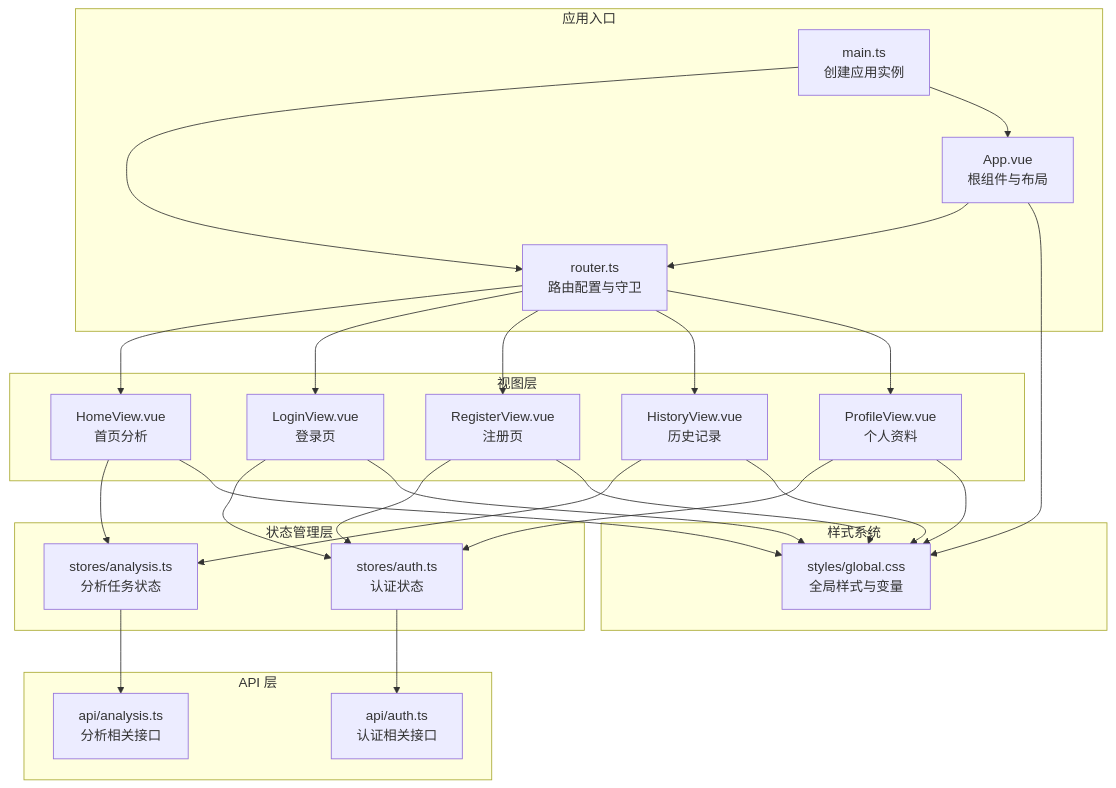
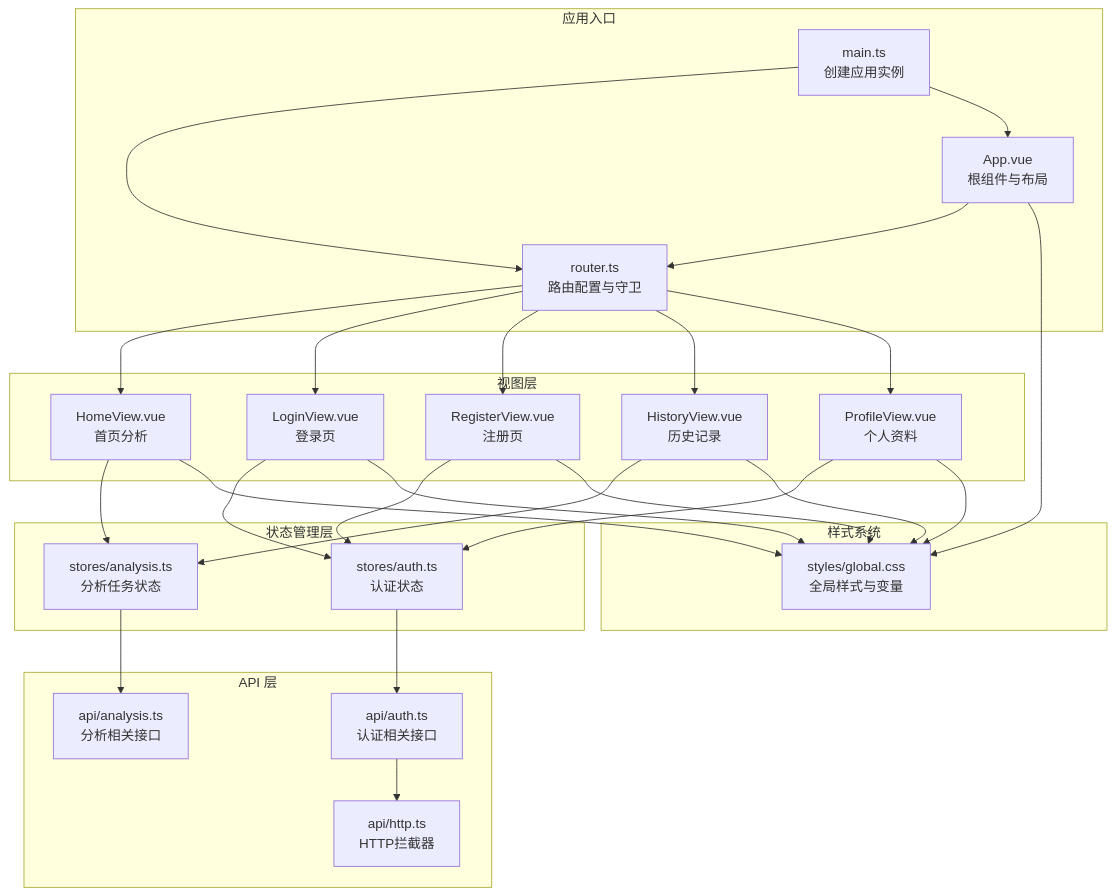
Before and after one commit to selectzhangyuan/AI-photo-coach: the first of 11 diagrams in .qoder/repowiki/zh/content/前端应用文档/前端应用文档.md, drawn with Mermaid. The commit also changed other lines of this file and 5 other files, not shown here.

````diff
--- a/.qoder/repowiki/zh/content/前端应用文档/前端应用文档.md
+++ b/.qoder/repowiki/zh/content/前端应用文档/前端应用文档.md
@@ -47,47 +58,49 @@
 ```mermaid
 graph TB
 subgraph "应用入口"
 M["main.ts<br/>创建应用实例"]
 R["router.ts<br/>路由配置与守卫"]
 A["App.vue<br/>根组件与布局"]
 end
 subgraph "视图层"
 H["HomeView.vue<br/>首页分析"]
 L["LoginView.vue<br/>登录页"]
 Reg["RegisterView.vue<br/>注册页"]
 His["HistoryView.vue<br/>历史记录"]
 Prof["ProfileView.vue<br/>个人资料"]
 end
 subgraph "状态管理层"
 SA["stores/analysis.ts<br/>分析任务状态"]
 ST["stores/auth.ts<br/>认证状态"]
 end
 subgraph "API 层"
 APIA["api/analysis.ts<br/>分析相关接口"]
 APIU["api/auth.ts<br/>认证相关接口"]
+HTTP["api/http.ts<br/>HTTP拦截器"]
 end
 subgraph "样式系统"
 G["styles/global.css<br/>全局样式与变量"]
 end
 M --> R
 M --> A
 A --> R
 R --> H
 R --> L
 R --> Reg
 R --> His
 R --> Prof
 H --> SA
 L --> ST
 Reg --> ST
 Prof --> ST
 His --> SA
 SA --> APIA
 ST --> APIU
+APIU --> HTTP
 A --> G
 H --> G
 L --> G
 Reg --> G
 His --> G
 Prof --> G
 ```
````
